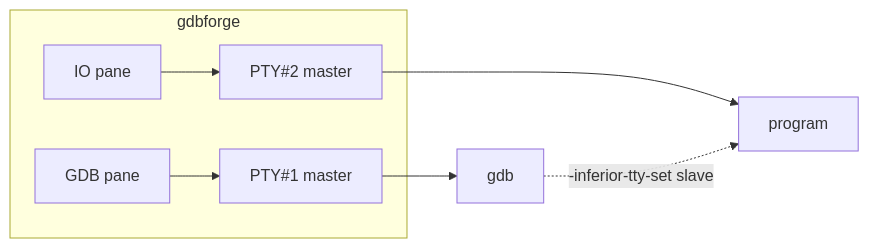
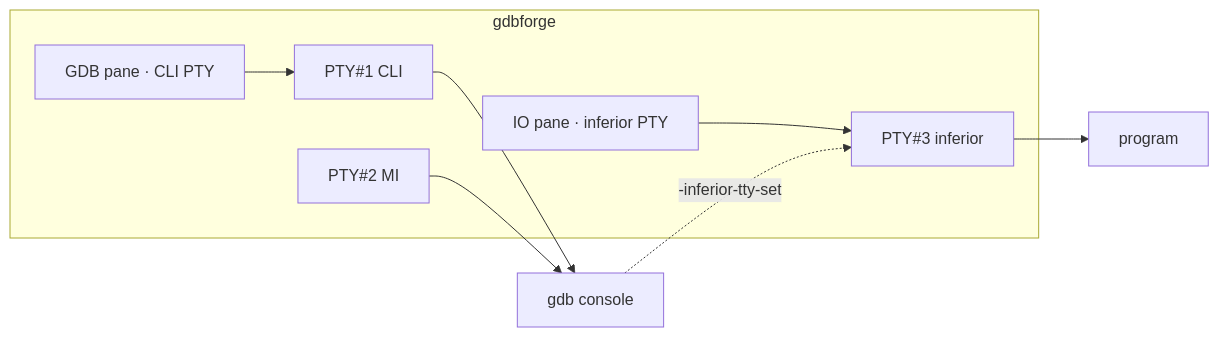
The fourth of 8 diagrams in docs/DEBUGGER_INTEGRATION.md (yairgd/gdbforge), drawn with Mermaid before and after one commit. The commit also changed other lines of this file and 243 other files, not shown here.

````diff
--- a/docs/DEBUGGER_INTEGRATION.md
+++ b/docs/DEBUGGER_INTEGRATION.md
@@ -274,14 +392,16 @@
 ```mermaid
 flowchart LR
   subgraph gdbforge
-    GDBPane["GDB pane"]
-    IOPane["IO pane"]
-    M1["PTY#1 master"]
-    M2["PTY#2 master"]
+    GDBPane["GDB pane · CLI PTY"]
+    IOPane["IO pane · inferior PTY"]
+    M1["PTY#1 CLI"]
+    M2["PTY#2 MI"]
+    M3["PTY#3 inferior"]
   end
   GDBPane --> M1
-  IOPane --> M2
-  M1 --> GDB["gdb"]
-  M2 --> PROG["program"]
-  GDB -.->|"-inferior-tty-set slave"| PROG
+  IOPane --> M3
+  M1 --> GDB["gdb console"]
+  M2 --> GDB
+  GDB -.->|"-inferior-tty-set"| M3
+  M3 --> PROG["program"]
 ```
````
